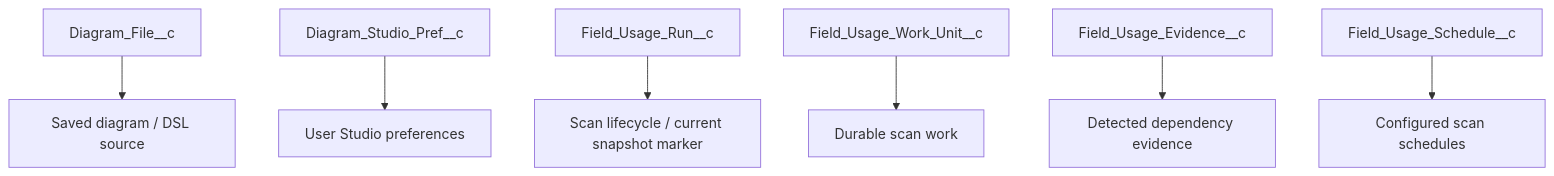
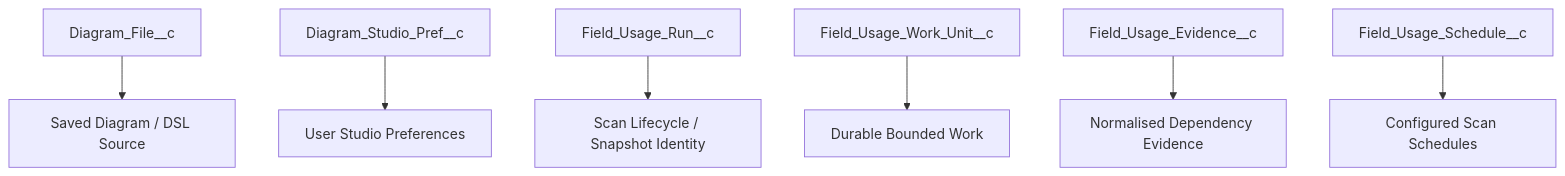
One commit to vikascohen/Salesforce-ER-Modeller-Studio changed the seventh of 8 diagrams in docs/ARCHITECTURE.md. Above: the diagram before and after it, drawn with Mermaid. The commit also changed other lines of this file, not shown here.

Commit message:
Consolidate V3 architecture documentation

````diff
--- a/docs/ARCHITECTURE.md
+++ b/docs/ARCHITECTURE.md
@@ -168,9 +312,9 @@
 ```mermaid
 flowchart TB
-    DF[Diagram_File__c] --> A[Saved diagram / DSL source]
-    DP[Diagram_Studio_Pref__c] --> B[User Studio preferences]
-    RUN[Field_Usage_Run__c] --> C[Scan lifecycle / current snapshot marker]
-    WU[Field_Usage_Work_Unit__c] --> D[Durable scan work]
-    EV[Field_Usage_Evidence__c] --> E[Detected dependency evidence]
-    SCH[Field_Usage_Schedule__c] --> F[Configured scan schedules]
+    DF[Diagram_File__c] --> A[Saved Diagram / DSL Source]
+    DP[Diagram_Studio_Pref__c] --> B[User Studio Preferences]
+    RUN[Field_Usage_Run__c] --> C[Scan Lifecycle / Snapshot Identity]
+    WU[Field_Usage_Work_Unit__c] --> D[Durable Bounded Work]
+    EV[Field_Usage_Evidence__c] --> E[Normalised Dependency Evidence]
+    SCH[Field_Usage_Schedule__c] --> F[Configured Scan Schedules]
 ```
````
